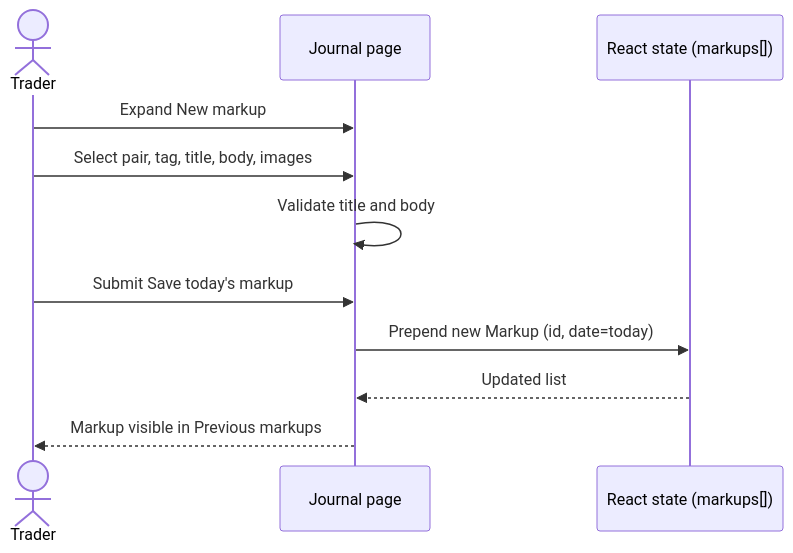
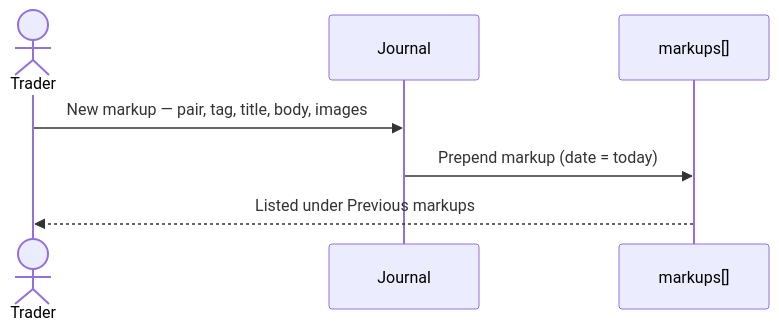
Before and after one commit to jah-guide/journalx-dashboard: the second of 4 diagrams in docs/07-sequence-flows.md, drawn with Mermaid. The commit also changed other lines of this file, not shown here.

Commit message:
docs: shorten core sequence flow diagrams

````diff
--- a/docs/07-sequence-flows.md
+++ b/docs/07-sequence-flows.md
@@ -54,14 +63,19 @@
 ```mermaid
+
 sequenceDiagram
+
   actor Trader
-  participant UI as Journal page
-  participant State as React state (markups[])
 
-  Trader->>UI: Expand New markup
-  Trader->>UI: Select pair, tag, title, body, images
-  UI->>UI: Validate title and body
-  Trader->>UI: Submit Save today's markup
-  UI->>State: Prepend new Markup (id, date=today)
-  State-->>UI: Updated list
-  UI-->>Trader: Markup visible in Previous markups
+  participant UI as Journal
+
+  participant State as markups[]
+
+
+
+  Trader->>UI: New markup — pair, tag, title, body, images
+
+  UI->>State: Prepend markup (date = today)
+
+  State-->>Trader: Listed under Previous markups
+
 ```
````
